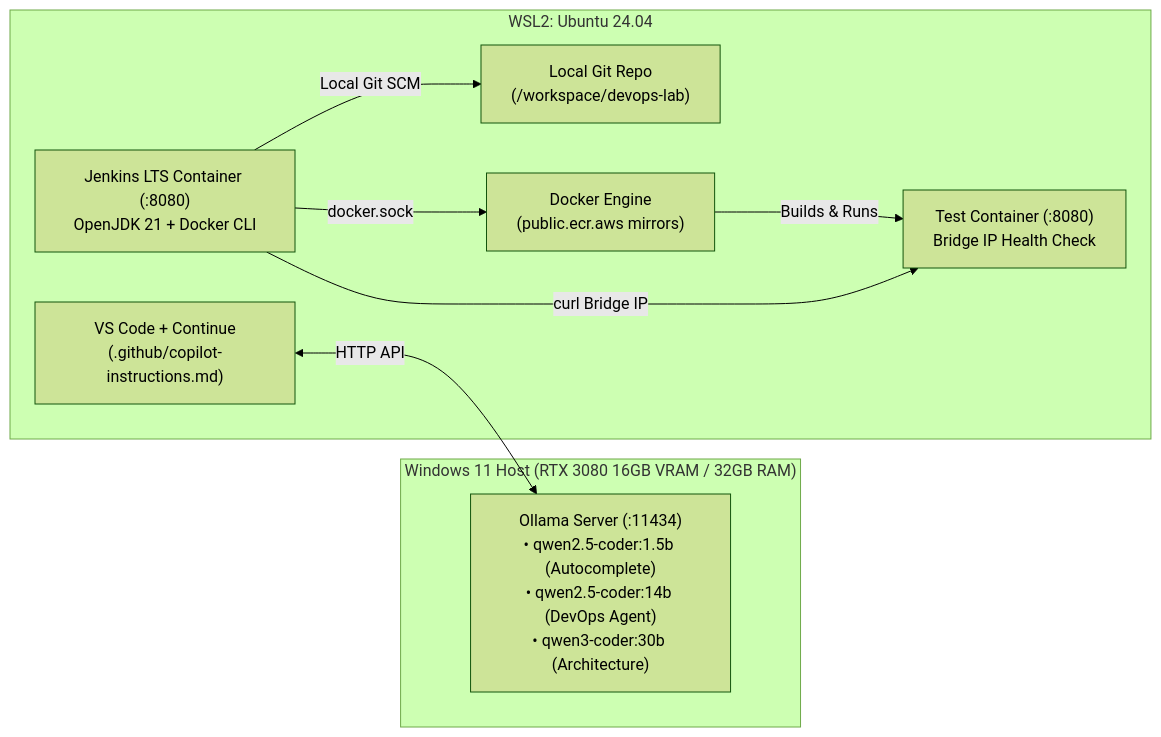
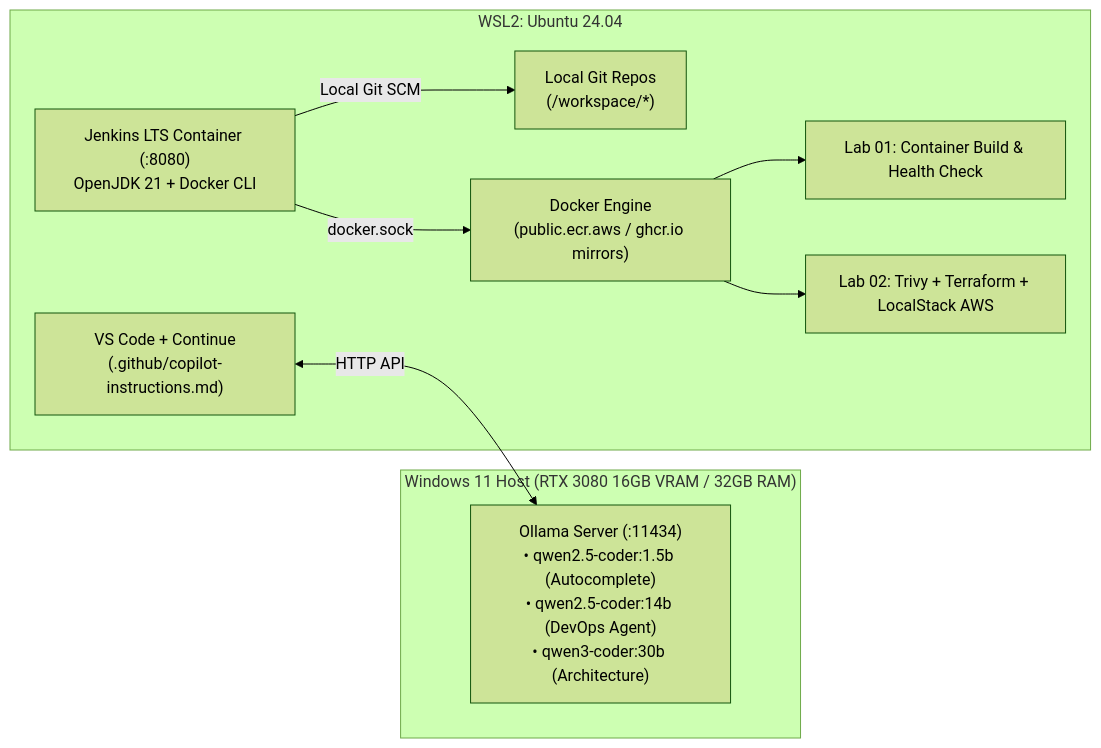
Before and after one commit to moyagoub/local-ai-devops-workstation: the diagram in README.md, drawn with Mermaid (forest theme). The commit also changed other lines of this file and 2 other files, not shown here.

Commit message:
Update root README and documentation for Lab 01 & Lab 02

````diff
--- a/README.md
+++ b/README.md
@@ -9,20 +9,21 @@
 ```mermaid
 flowchart LR
     subgraph Windows["Windows 11 Host (RTX 3080 16GB VRAM / 32GB RAM)"]
         Ollama["Ollama Server (:11434)<br/>• qwen2.5-coder:1.5b (Autocomplete)<br/>• qwen2.5-coder:14b (DevOps Agent)<br/>• qwen3-coder:30b (Architecture)"]
     end
 
     subgraph WSL["WSL2: Ubuntu 24.04"]
         VSCode["VS Code + Continue<br/>(.github/copilot-instructions.md)"]
-        GitRepo["Local Git Repo<br/>(/workspace/devops-lab)"]
+        GitRepo["Local Git Repos<br/>(/workspace/*)"]
         Jenkins["Jenkins LTS Container (:8080)<br/>OpenJDK 21 + Docker CLI"]
-        DockerEngine["Docker Engine<br/>(public.ecr.aws mirrors)"]
-        AppContainer["Test Container (:8080)<br/>Bridge IP Health Check"]
+        DockerEngine["Docker Engine<br/>(public.ecr.aws / ghcr.io mirrors)"]
+        Lab01["Lab 01: Container Build & Health Check"]
+        Lab02["Lab 02: Trivy + Terraform + LocalStack AWS"]
     end
 
     VSCode <-->|"HTTP API"| Ollama
     Jenkins -->|"Local Git SCM"| GitRepo
     Jenkins -->|"docker.sock"| DockerEngine
-    DockerEngine -->|"Builds & Runs"| AppContainer
-    Jenkins -->|"curl Bridge IP"| AppContainer
+    DockerEngine --> Lab01
+    DockerEngine --> Lab02
 ```
````
